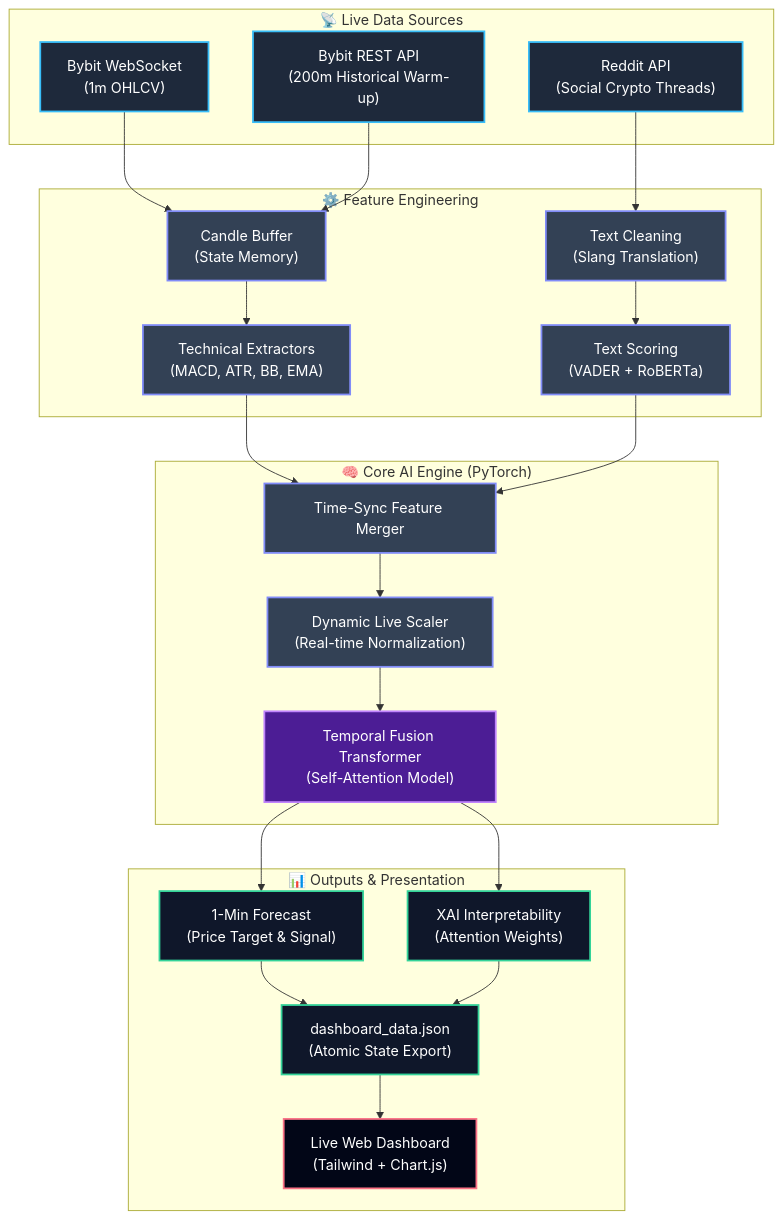
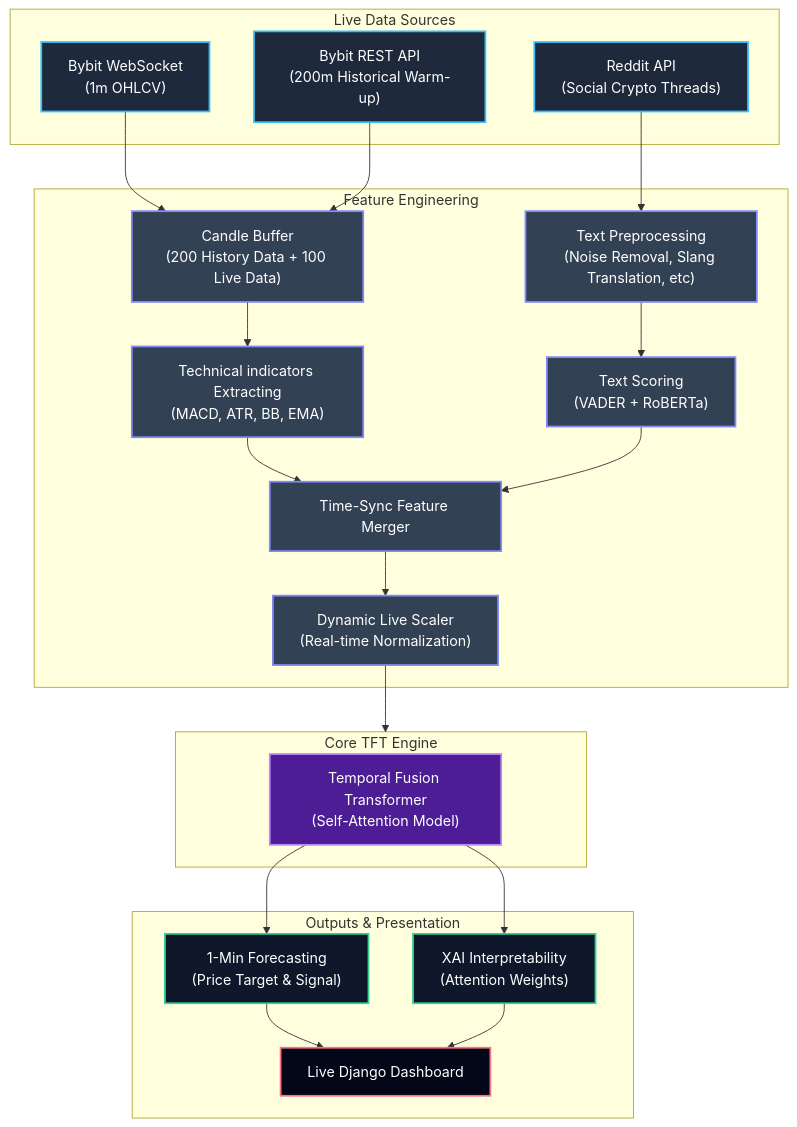
One commit to vishnukp08/Crypto-Market-Tend-Prediction changed the diagram in README.md. Above: the diagram before and after it, drawn with Mermaid.

````diff
--- a/README.md
+++ b/README.md
@@ -11,54 +11,59 @@
 ```mermaid
+---
+config:
+  layout: fixed
+---
 flowchart TB
-    %% Styling
+ subgraph Sources["Live Data Sources"]
+        BybitWS["Bybit WebSocket<br>(1m OHLCV)"]
+        RedditAPI["Reddit API<br>(Social Crypto Threads)"]
+        BybitREST["Bybit REST API<br>(200m Historical Warm-up)"]
+  end
+ subgraph Ingestion["Feature Engineering"]
+        Candles["Candle Buffer<br>(200 History Data + 100 Live Data)"]
+        Stats["Technical indicators Extracting<br>(MACD, ATR, BB, EMA)"]
+        NLP_Scraper["Text Preprocessing<br>(Noise Removal, Slang Translation, etc)"]
+        Scores["Text Scoring<br>(VADER + RoBERTa)"]
+        Merger["Time-Sync Feature Merger"]
+        Scaler["Dynamic Live Scaler<br>(Real-time Normalization)"]
+  end
+ subgraph Core["Core TFT Engine"]
+        TFT["Temporal Fusion Transformer<br>(Self-Attention Model)"]
+  end
+ subgraph Outputs["Outputs & Presentation"]
+        Pred["1-Min Forecasting<br>(Price Target &amp; Signal)"]
+        XAI["XAI Interpretability<br>(Attention Weights)"]
+        Django["Live Django Dashboard<br>"]
+  end
+    BybitWS --> Candles
+    BybitREST --> Candles
+    Candles --> Stats
+    RedditAPI --> NLP_Scraper
+    NLP_Scraper --> Scores
+    Stats --> Merger
+    Scores --> Merger
+    Merger --> Scaler
+    Scaler --> Core
+    TFT --> Pred & XAI
+    Pred --> Django
+    XAI --> Django
+
+     BybitWS:::source
+     RedditAPI:::source
+     BybitREST:::source
+     Candles:::process
+     Stats:::process
+     NLP_Scraper:::process
+     Scores:::process
+     Merger:::process
+     Scaler:::process
+     TFT:::model
+     Pred:::output
+     XAI:::output
+     Django:::ui
     classDef source fill:#1e293b,stroke:#38bdf8,stroke-width:2px,color:#fff
     classDef process fill:#334155,stroke:#818cf8,stroke-width:2px,color:#fff
     classDef model fill:#4c1d95,stroke:#c084fc,stroke-width:2px,color:#fff
     classDef output fill:#0f172a,stroke:#34d399,stroke-width:2px,color:#fff
     classDef ui fill:#020617,stroke:#fb7185,stroke-width:2px,color:#fff
-
-    subgraph Sources ["📡 Live Data Sources"]
-        BybitWS["Bybit WebSocket<br/>(1m OHLCV)"]:::source
-        RedditAPI["Reddit API<br/>(Social Crypto Threads)"]:::source
-        BybitREST["Bybit REST API<br/>(200m Historical Warm-up)"]:::source
-    end
-
-    subgraph Ingestion ["⚙️ Feature Engineering"]
-        Candles["Candle Buffer<br/>(State Memory)"]:::process
-        Stats["Technical Extractors<br/>(MACD, ATR, BB, EMA)"]:::process
-        
-        NLP_Scraper["Text Cleaning<br/>(Slang Translation)"]:::process
-        Scores["Text Scoring<br/>(VADER + RoBERTa)"]:::process
-    end
-
-    BybitWS --> Candles
-    BybitREST --> Candles
-    Candles --> Stats
-
-    RedditAPI --> NLP_Scraper
-    NLP_Scraper --> Scores
-
-    subgraph Core ["🧠 Core AI Engine (PyTorch)"]
-        Merger["Time-Sync Feature Merger"]:::process
-        Scaler["Dynamic Live Scaler<br/>(Real-time Normalization)"]:::process
-        TFT["Temporal Fusion Transformer<br/>(Self-Attention Model)"]:::model
-    end
-
-    Stats --> Merger
-    Scores --> Merger
-    Merger --> Scaler
-    Scaler --> TFT
-
-    subgraph Outputs ["📊 Outputs & Presentation"]
-        Pred["1-Min Forecast<br/>(Price Target & Signal)"]:::output
-        XAI["XAI Interpretability<br/>(Attention Weights)"]:::output
-        JSON["dashboard_data.json<br/>(Atomic State Export)"]:::output
-        Django["Live Web Dashboard<br/>(Tailwind + Chart.js)"]:::ui
-    end
-
-    TFT --> Pred
-    TFT --> XAI
-    Pred --> JSON
-    XAI --> JSON
-    JSON --> Django
 ```
````
